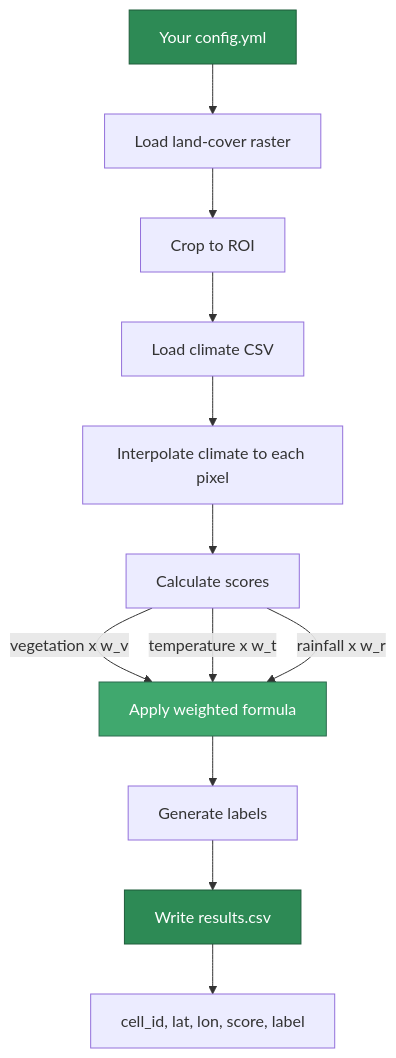
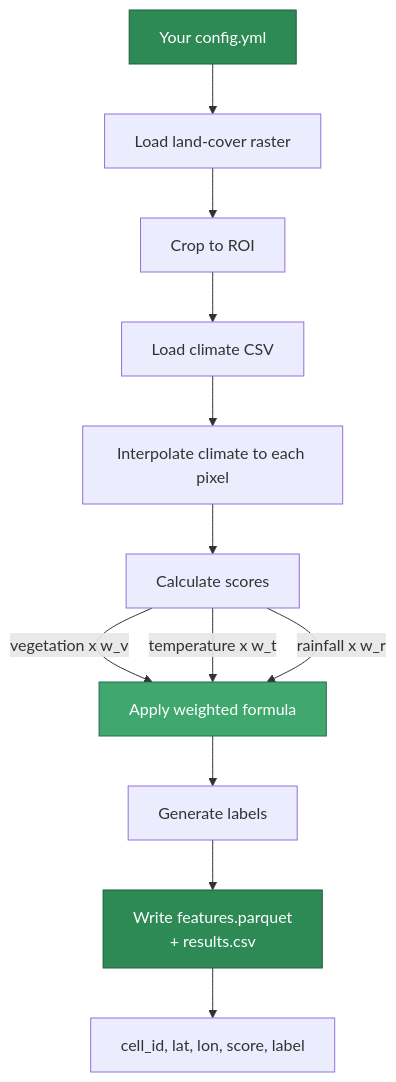
The diagram in docs/quickstart.md (gmarupilla/AgroTerraFlow), drawn with Mermaid before and after one commit. The commit also changed 3 other files, not shown here.

First line of the commit message:
docs: architecture diagrams — full v0.5.0 sweep (#158)

````diff
--- a/docs/quickstart.md
+++ b/docs/quickstart.md
@@ -62,18 +62,18 @@
 ```mermaid
 flowchart TD
     A[Your config.yml] --> B[Load land-cover raster]
     B --> C[Crop to ROI]
     C --> D[Load climate CSV]
     D --> E[Interpolate climate to each pixel]
     E --> F[Calculate scores]
     F --> |vegetation x w_v| G[Apply weighted formula]
     F --> |temperature x w_t| G
     F --> |rainfall x w_r| G
     G --> H[Generate labels]
-    H --> I[Write results.csv]
+    H --> I[Write features.parquet<br/>+ results.csv]
     I --> J["cell_id, lat, lon, score, label"]
 
     style A fill:#2d8a55,stroke:#1e5c3a,color:#fff
     style I fill:#2d8a55,stroke:#1e5c3a,color:#fff
     style G fill:#40a86e,stroke:#2d6a4f,color:#fff
 ```
````
